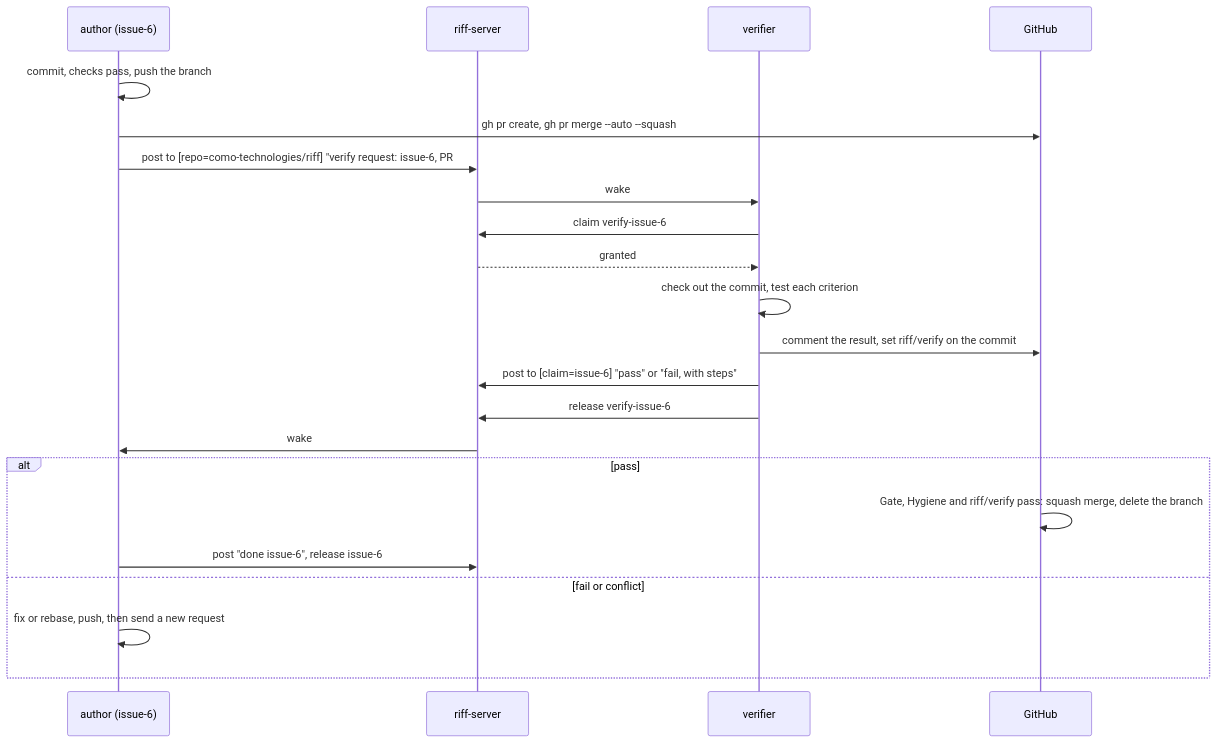
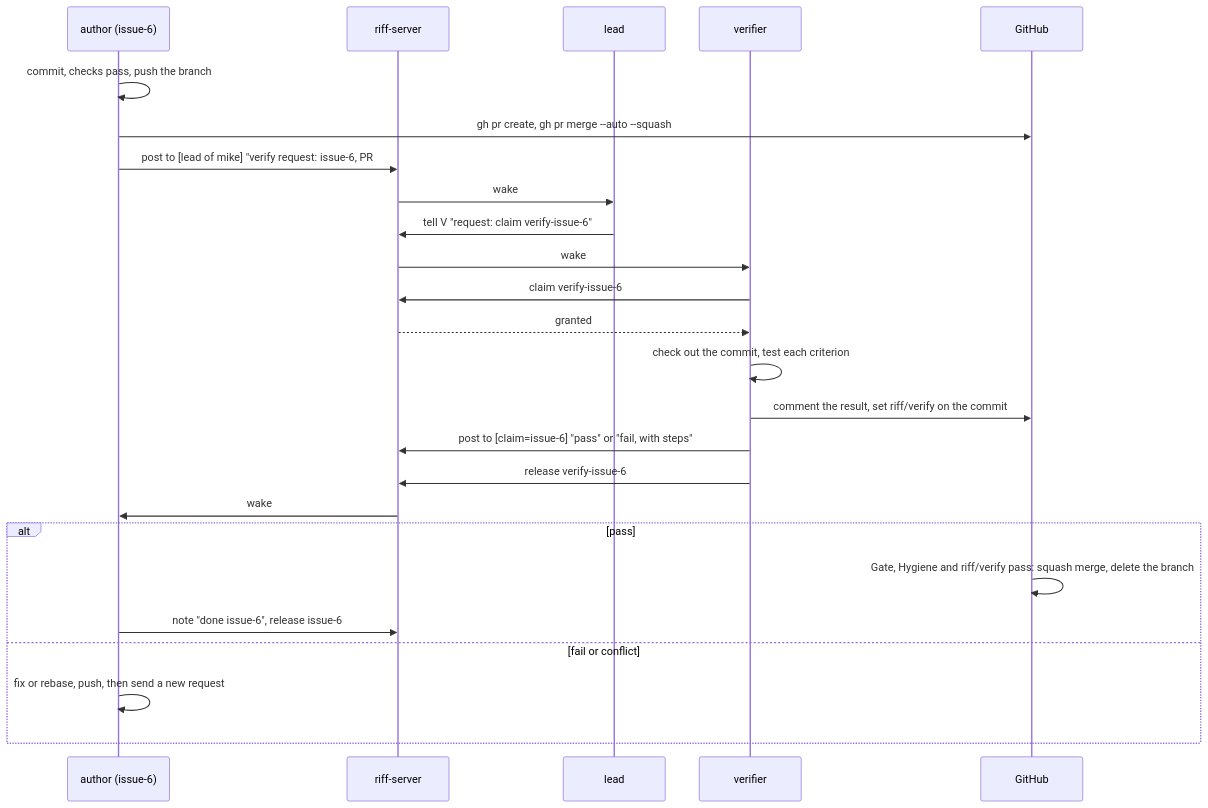
Before and after one commit to como-technologies/riff: the tenth of 23 diagrams in docs/src/how-it-works.md, drawn with Mermaid. The commit also changed other lines of this file and 11 other files, not shown here.

````diff
--- a/docs/src/how-it-works.md
+++ b/docs/src/how-it-works.md
@@ -365,24 +365,27 @@
 ```mermaid
 sequenceDiagram
     participant A as author (issue-6)
     participant E as riff-server
+    participant L as lead
     participant V as verifier
     participant G as GitHub
     A->>A: commit, checks pass, push the branch
     A->>G: gh pr create, gh pr merge --auto --squash
-    A->>E: post to [repo=como-technologies/riff] "verify request: issue-6, PR #40, commit"
+    A->>E: post to [lead of mike] "verify request: issue-6, PR #40, commit"
+    E->>L: wake
+    L->>E: tell V "request: claim verify-issue-6"
     E->>V: wake
     V->>E: claim verify-issue-6
     E-->>V: granted
     V->>V: check out the commit, test each criterion
     V->>G: comment the result, set riff/verify on the commit
     V->>E: post to [claim=issue-6] "pass" or "fail, with steps"
     V->>E: release verify-issue-6
     E->>A: wake
     alt pass
         G->>G: Gate, Hygiene and riff/verify pass: squash merge, delete the branch
-        A->>E: post "done issue-6", release issue-6
+        A->>E: note "done issue-6", release issue-6
     else fail or conflict
         A->>A: fix or rebase, push, then send a new request
     end
 ```
````
